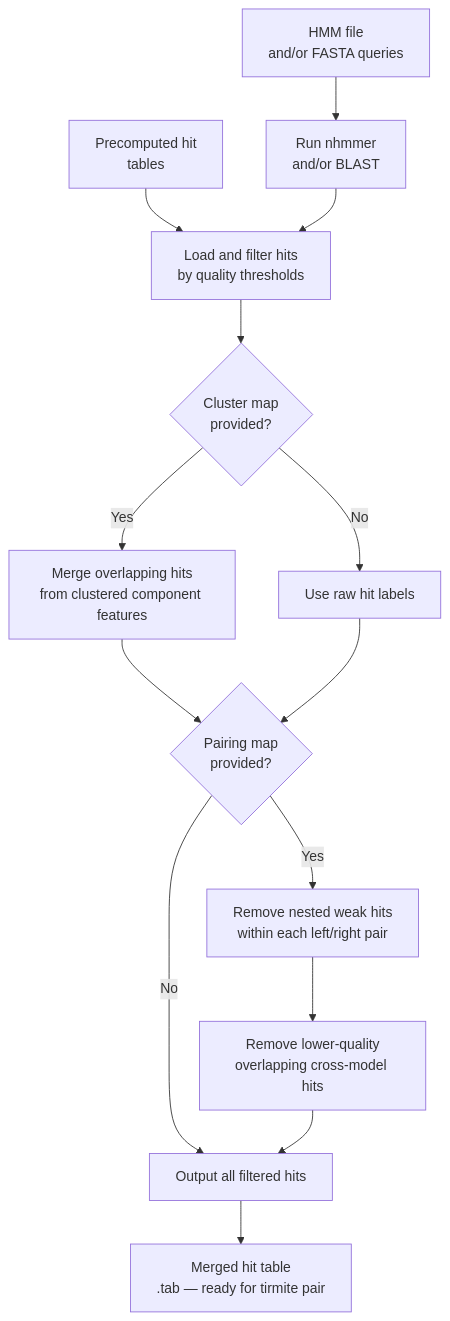
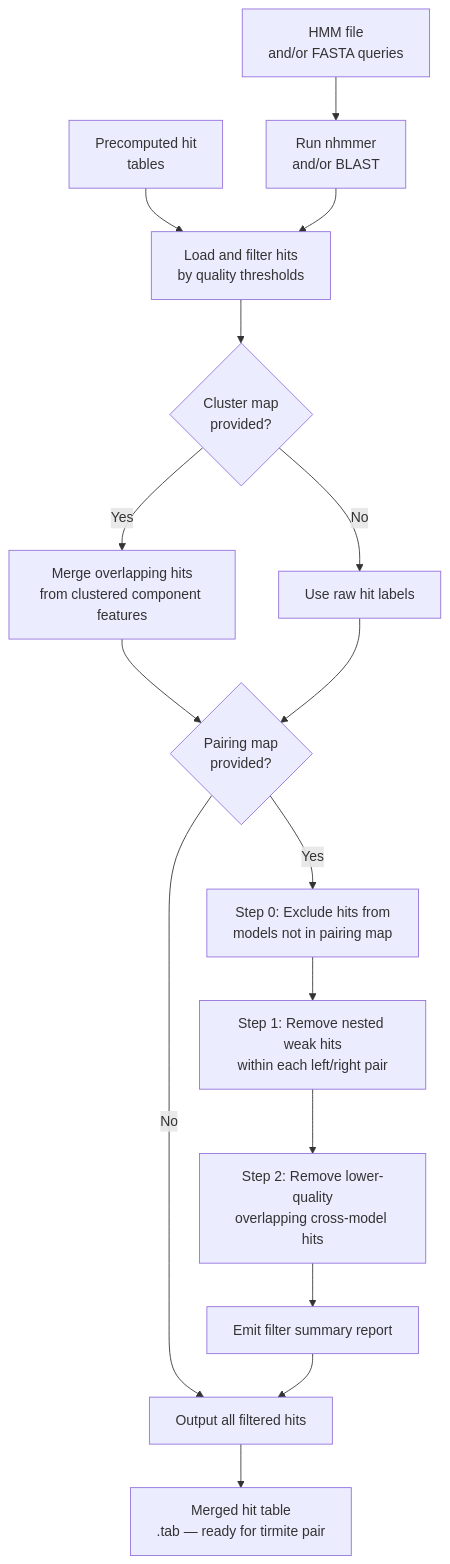
One commit to Adamtaranto/TIRmite changed the diagram in docs/tutorials/tirmite-search.md. Above: the diagram before and after it, drawn with Mermaid. The commit also changed other lines of this file and 3 other files, not shown here.

First line of the commit message:
Add split paired output, pairing map model filtering, filter summary report, and fix max-offset filter for asymmetrical model pairs in tirmite search (#69)

````diff
--- a/docs/tutorials/tirmite-search.md
+++ b/docs/tutorials/tirmite-search.md
@@ -7,16 +7,18 @@
 ```mermaid
 flowchart TD
     A[HMM file\nand/or FASTA queries] --> B[Run nhmmer\nand/or BLAST]
     C[Precomputed hit\ntables] --> D[Load and filter hits\nby quality thresholds]
     B --> D
     D --> E{Cluster map\nprovided?}
     E -->|Yes| F[Merge overlapping hits\nfrom clustered component features]
     E -->|No| G[Use raw hit labels]
     F --> H{Pairing map\nprovided?}
     G --> H
-    H -->|Yes| I[Remove nested weak hits\nwithin each left/right pair]
+    H -->|Yes| I0[Step 0: Exclude hits from\nmodels not in pairing map]
     H -->|No| K[Output all filtered hits]
-    I --> J[Remove lower-quality\noverlapping cross-model hits]
-    J --> K
+    I0 --> I[Step 1: Remove nested weak hits\nwithin each left/right pair]
+    I --> J[Step 2: Remove lower-quality\noverlapping cross-model hits]
+    J --> SR[Emit filter summary report]
+    SR --> K
     K --> L[Merged hit table\n.tab — ready for tirmite pair]
 ```
````
